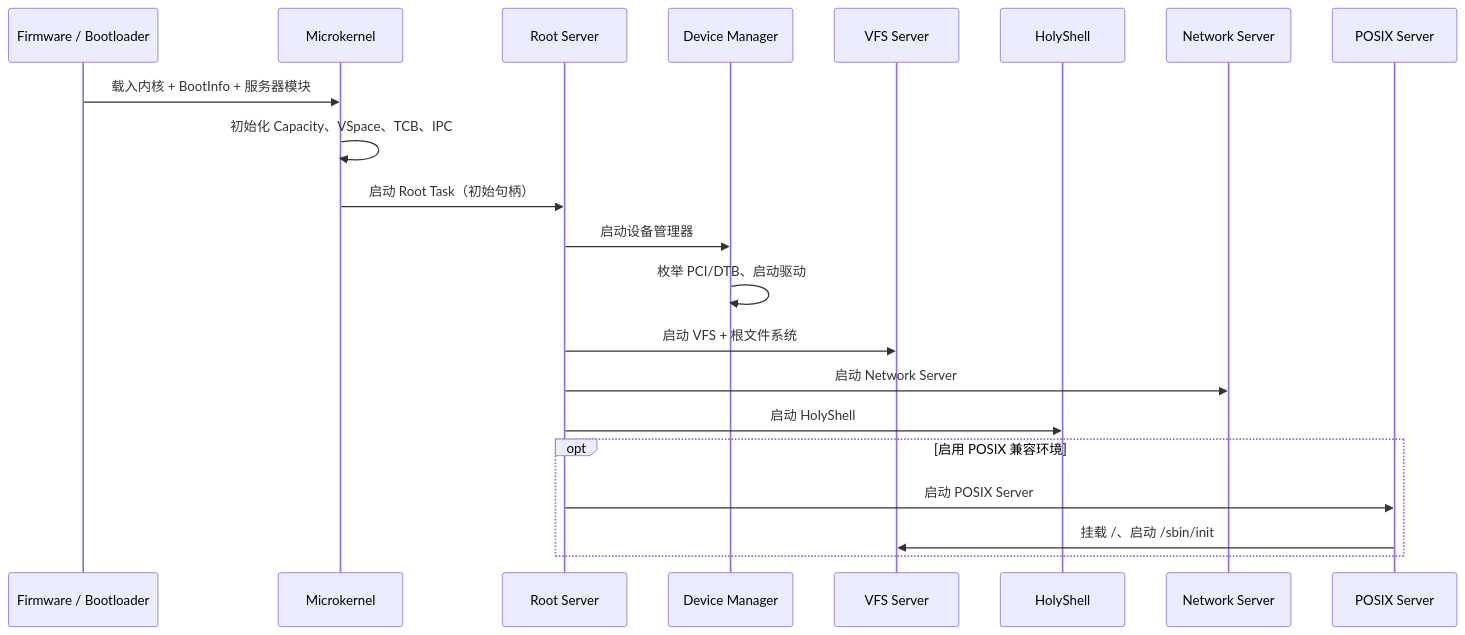
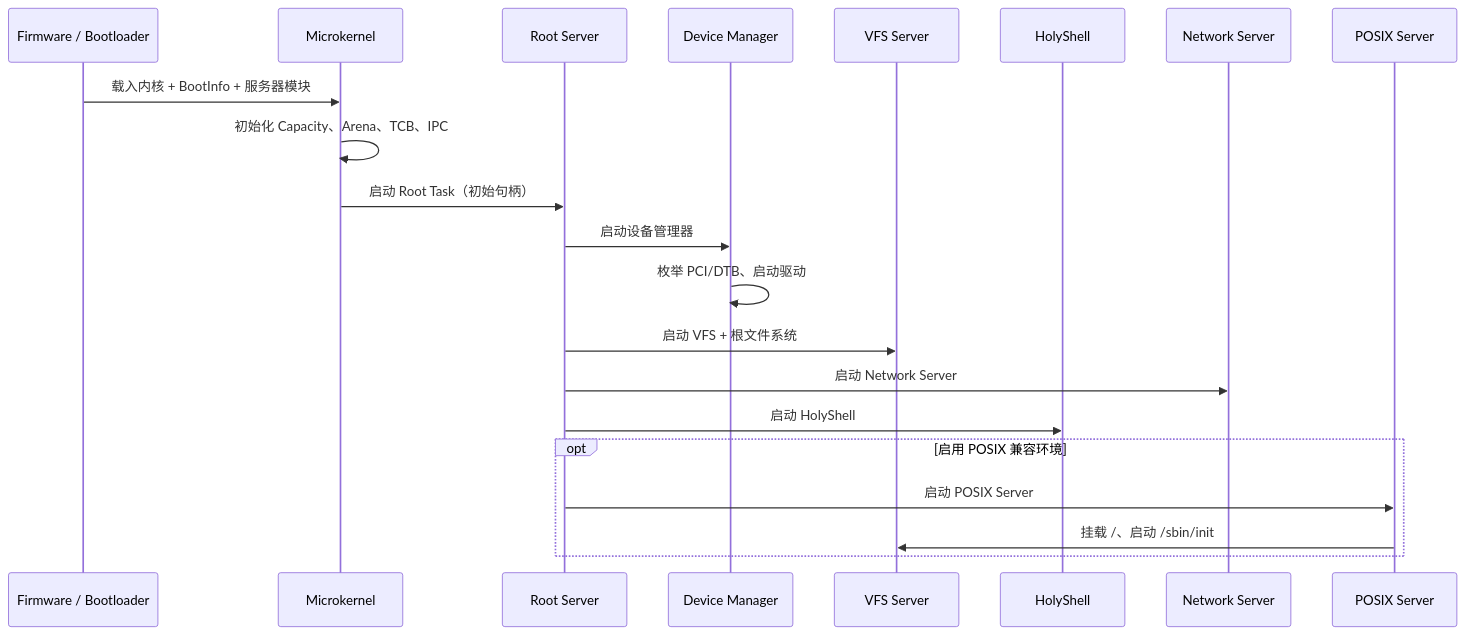
Before and after one commit to hongweifei/HolyKernel: the second of 2 diagrams in docs/platforms.md, drawn with Mermaid. The commit also changed other lines of this file and 35 other files, not shown here.

````diff
--- a/docs/platforms.md
+++ b/docs/platforms.md
@@ -112,23 +113,23 @@
 ```mermaid
 sequenceDiagram
     participant FW as Firmware / Bootloader
     participant K as Microkernel
     participant Root as Root Server
     participant DM as Device Manager
     participant VFS as VFS Server
     participant Shell as HolyShell
     participant Net as Network Server
     participant POSIX as POSIX Server
     FW->>K: 载入内核 + BootInfo + 服务器模块
-    K->>K: 初始化 Capacity、VSpace、TCB、IPC
+    K->>K: 初始化 Capacity、Arena、TCB、IPC
     K->>Root: 启动 Root Task（初始句柄）
     Root->>DM: 启动设备管理器
     DM->>DM: 枚举 PCI/DTB、启动驱动
     Root->>VFS: 启动 VFS + 根文件系统
     Root->>Net: 启动 Network Server
     Root->>Shell: 启动 HolyShell
     opt 启用 POSIX 兼容环境
         Root->>POSIX: 启动 POSIX Server
         POSIX->>VFS: 挂载 /、启动 /sbin/init
     end
 ```
````
